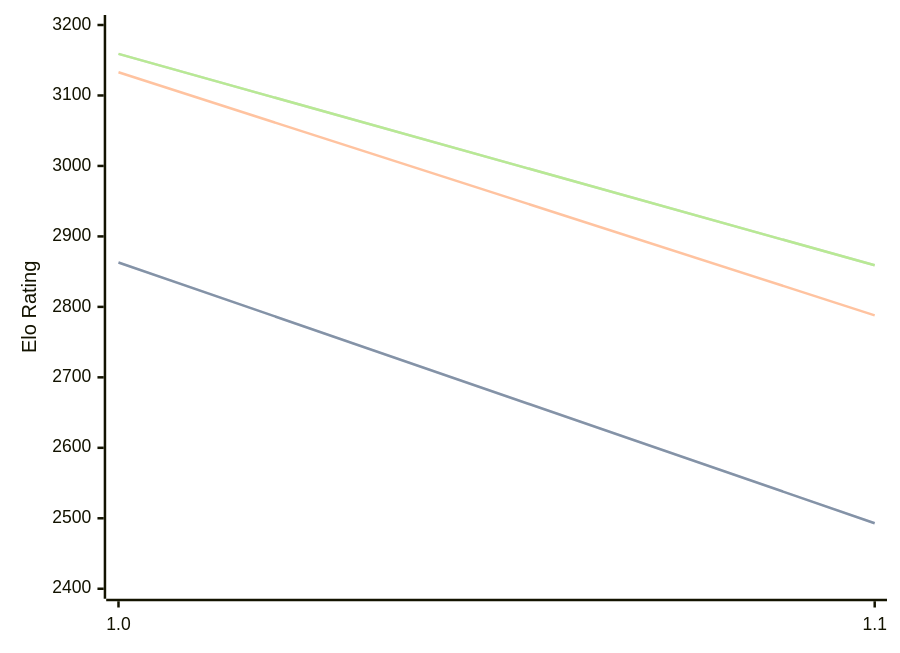
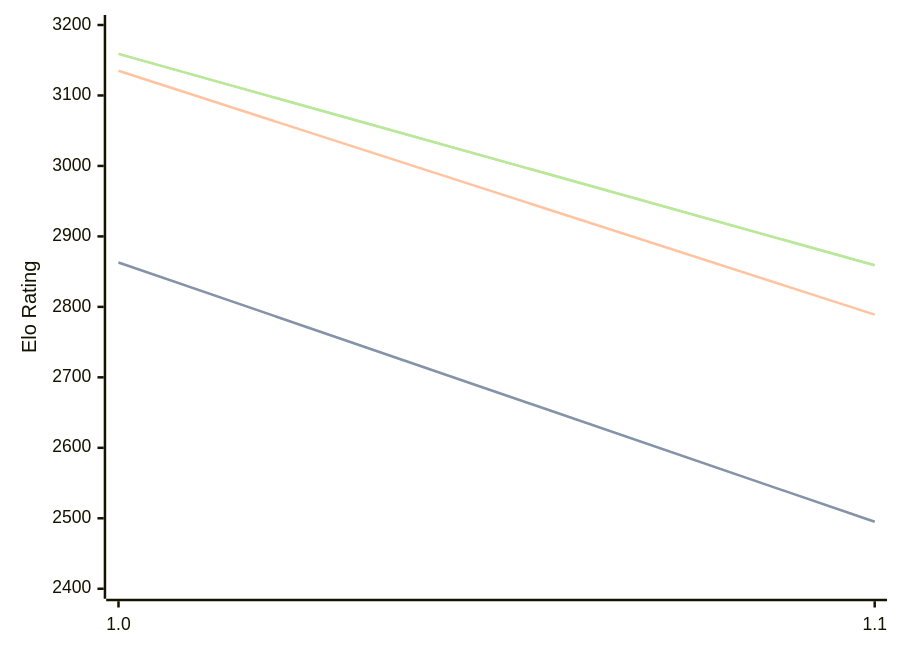
One commit to computer-chess-index/cci changed the diagram in engines/Publius.md. Above: the diagram before and after it, drawn with Mermaid. The commit also changed other lines of this file, not shown here.

Commit message:
Update CCI Ratings (ELO VLTC) - 2026-03-28

````diff
--- a/engines/Publius.md
+++ b/engines/Publius.md
@@ -32,11 +32,11 @@
 ```mermaid
 %%{init: {"theme":"base","themeVariables":{"seriesColors:['#a3a3a3','#222221','#faa371']}}}%%
 xychart-beta
   x-axis ["1.0", "1.1"]
   y-axis "Elo Rating" 2400 --> 3200
-  line "STC (8.0+0.08s)" [2863, 2493]
-  line "STC (8.0+0.08s)" [2863, 2493]
-  line "LTC (60.0+0.60s)" [3133, 2788]
+  line "STC (8.0+0.08s)" [2863, 2495]
+  line "STC (8.0+0.08s)" [2863, 2495]
+  line "LTC (60.0+0.60s)" [3135, 2789]
   line "VLTC (2m24s+1.12s)" [3159, 2859]
   line "VLTC (2m24s+1.12s)" [3159, 2859]
 ```
````
